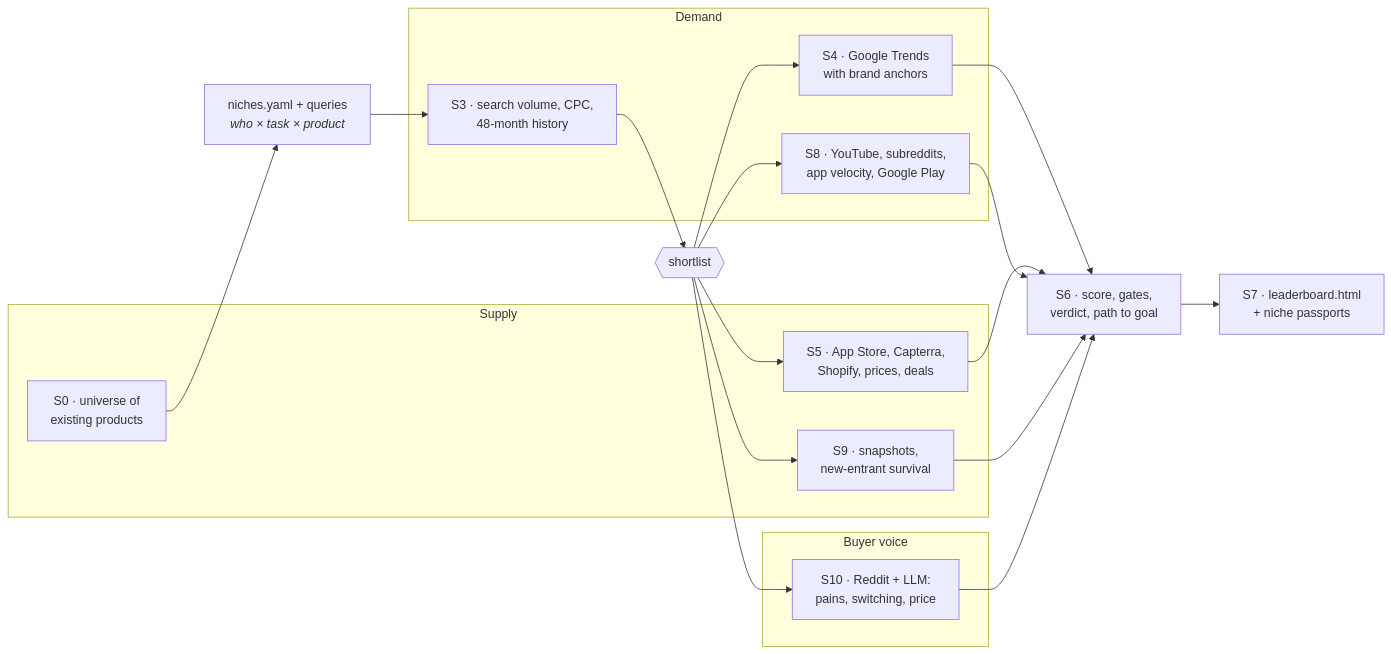
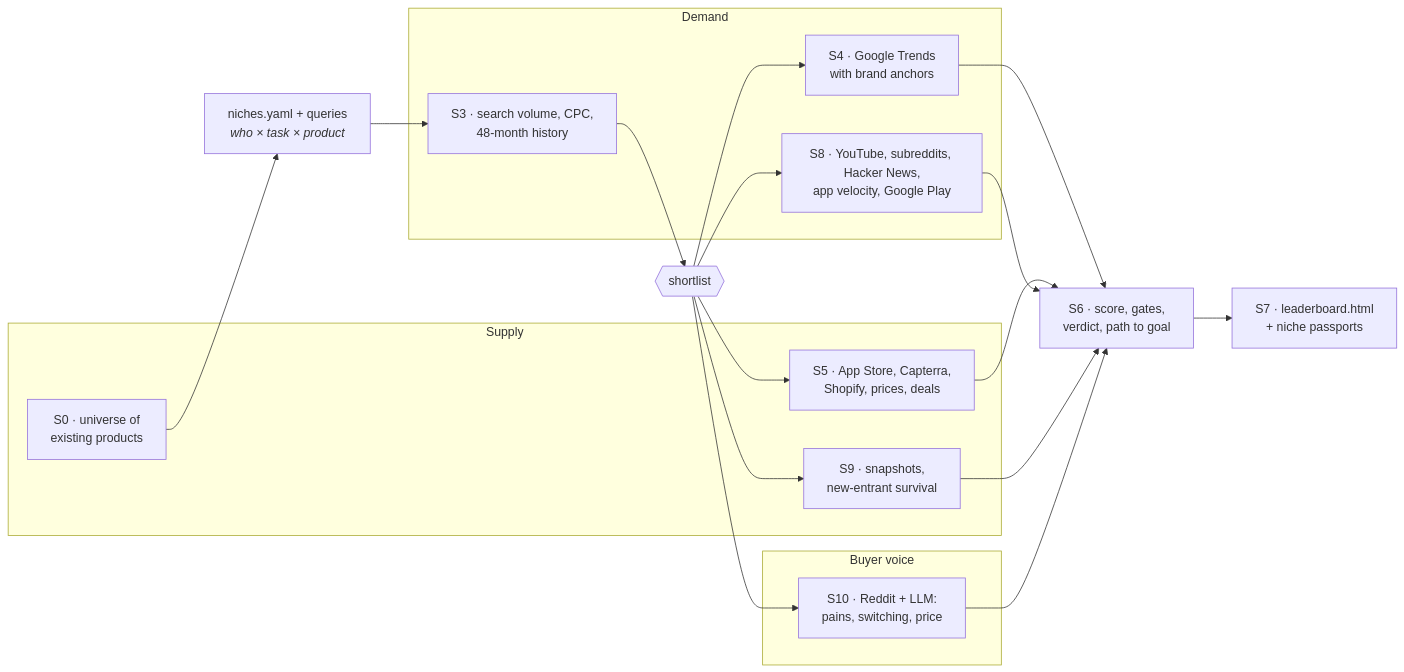
One commit to wiseStann/niche-finder changed the diagram in README.md. Above: the diagram before and after it, drawn with Mermaid. The commit also changed other lines of this file and 18 other files, not shown here.

First line of the commit message:
Add BetaList, Product Radar, Kickstarter and Hacker News sources

````diff
--- a/README.md
+++ b/README.md
@@ -82,26 +82,26 @@
 ```mermaid
 flowchart LR
     N["niches.yaml + queries<br/><i>who × task × product</i>"]
 
     subgraph D["Demand"]
         S3["S3 · search volume, CPC,<br/>48-month history"]
         S4["S4 · Google Trends<br/>with brand anchors"]
-        S8["S8 · YouTube, subreddits,<br/>app velocity, Google Play"]
+        S8["S8 · YouTube, subreddits, Hacker News,<br/>app velocity, Google Play"]
     end
 
     subgraph S["Supply"]
         S0["S0 · universe of<br/>existing products"]
         S5["S5 · App Store, Capterra,<br/>Shopify, prices, deals"]
         S9["S9 · snapshots,<br/>new-entrant survival"]
     end
 
     subgraph V["Buyer voice"]
         S10["S10 · Reddit + LLM:<br/>pains, switching, price"]
     end
 
     N --> S3 --> SL{{"shortlist"}}
     S0 --> N
     SL --> S4 & S5 & S8 & S9 & S10
     S4 & S5 & S8 & S9 & S10 --> SC["S6 · score, gates,<br/>verdict, path to goal"]
     SC --> R["S7 · leaderboard.html<br/>+ niche passports"]
 ```
````
